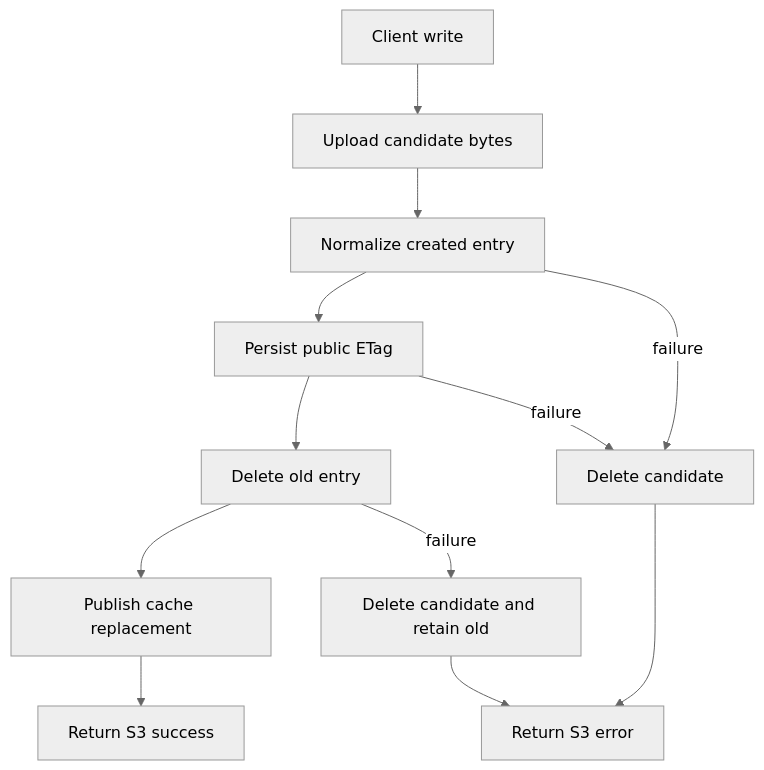
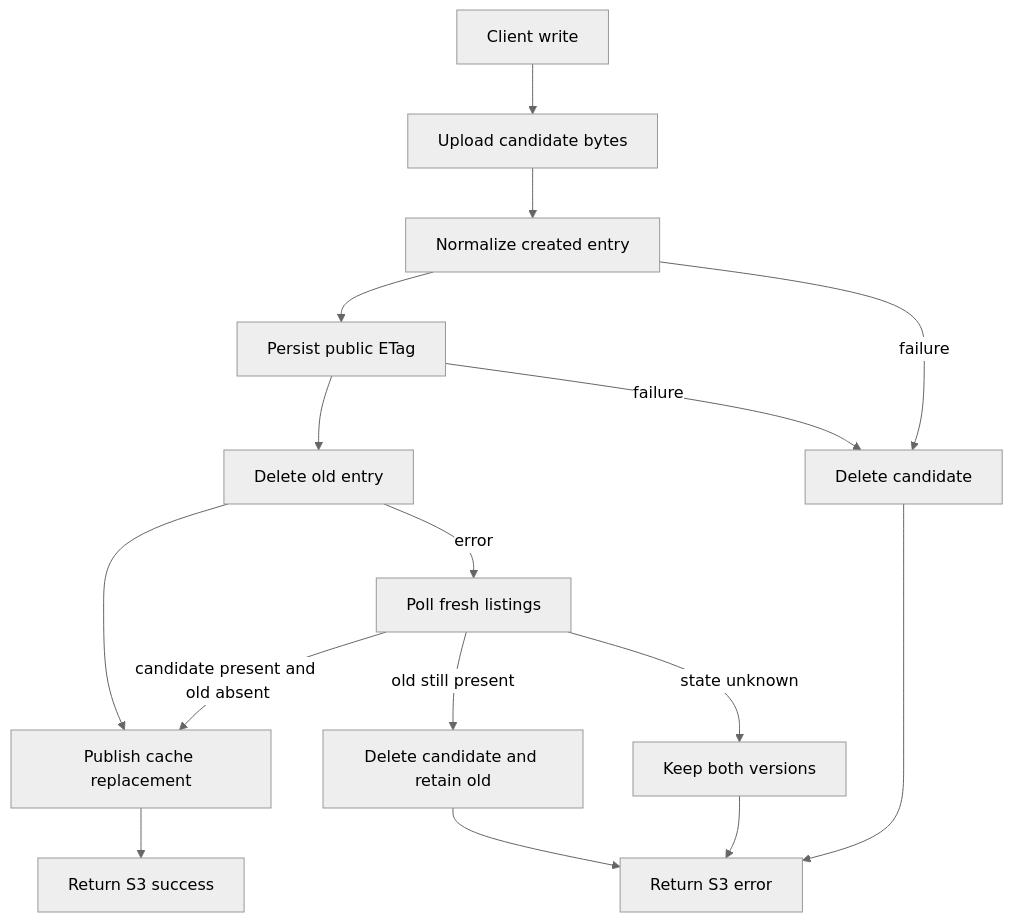
Before and after one commit to essare/drime-s3: the diagram in docs/superpowers/specs/2026-09-16-production-upload-reliability-design.md, drawn with Mermaid (neutral theme). The commit also changed other lines of this file and 4 other files, not shown here.

Commit message:
fix(s3): preserve both versions on ambiguous replacement deletes

````diff
--- a/docs/superpowers/specs/2026-09-16-production-upload-reliability-design.md
+++ b/docs/superpowers/specs/2026-09-16-production-upload-reliability-design.md
@@ -152,14 +177,18 @@
 ```mermaid
 flowchart TD
     Client[Client write] --> Upload[Upload candidate bytes]
     Upload --> Normalize[Normalize created entry]
     Normalize --> Persist[Persist public ETag]
     Persist --> DeleteOld[Delete old entry]
     DeleteOld --> Publish[Publish cache replacement]
     Publish --> Success[Return S3 success]
     Normalize -->|failure| Cleanup[Delete candidate]
     Persist -->|failure| Cleanup
-    DeleteOld -->|failure| Rollback[Delete candidate and retain old]
+    DeleteOld -->|error| Confirm[Poll fresh listings]
+    Confirm -->|candidate present and old absent| Publish
+    Confirm -->|old still present| Rollback[Delete candidate and retain old]
+    Confirm -->|state unknown| Preserve[Keep both versions]
     Cleanup --> Failure[Return S3 error]
     Rollback --> Failure
+    Preserve --> Failure
 ```
````
